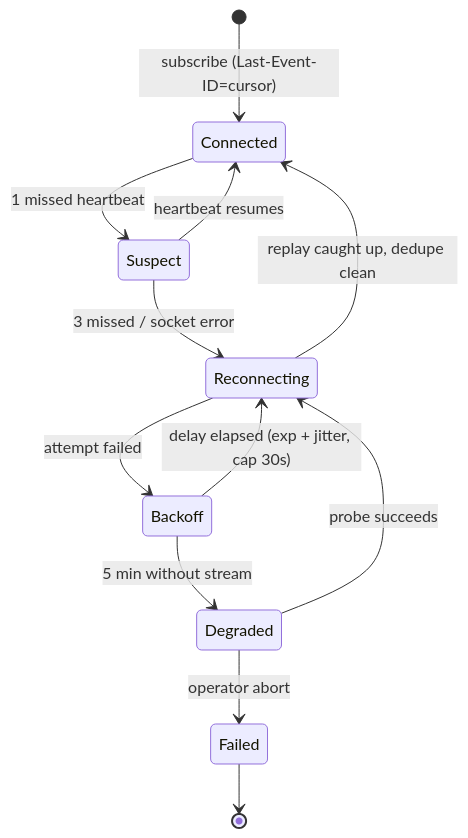
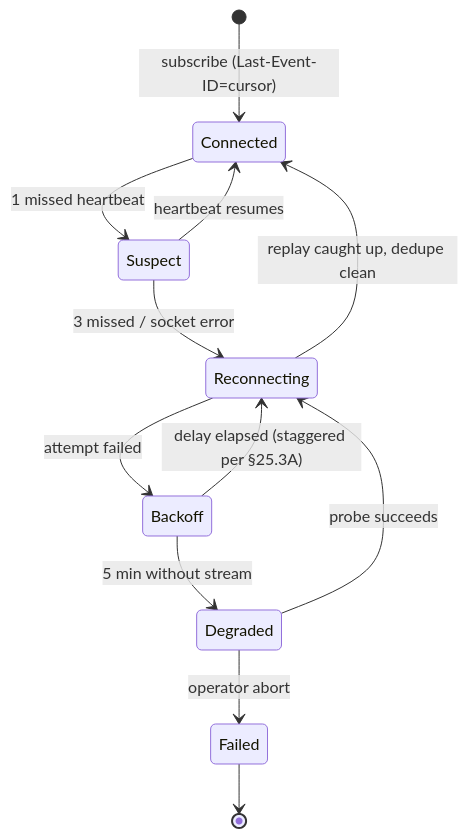
The second of 2 diagrams in docs/25-CLIENT-SERVER-RPC.md (3mar-baha/Vantrilex-OpenCode-Assistant), drawn with Mermaid before and after one commit. The commit also changed other lines of this file, not shown here.

First line of the commit message:
docs(rpc): P-R revise 25 for staggered reconnect (T1)

````diff
--- a/docs/25-CLIENT-SERVER-RPC.md
+++ b/docs/25-CLIENT-SERVER-RPC.md
@@ -55,14 +67,14 @@
 ```mermaid
 stateDiagram-v2
     [*] --> Connected: subscribe (Last-Event-ID=cursor)
     Connected --> Suspect: 1 missed heartbeat
     Suspect --> Connected: heartbeat resumes
     Suspect --> Reconnecting: 3 missed / socket error
     Reconnecting --> Connected: replay caught up, dedupe clean
     Reconnecting --> Backoff: attempt failed
-    Backoff --> Reconnecting: delay elapsed (exp + jitter, cap 30s)
+    Backoff --> Reconnecting: delay elapsed (staggered per §25.3A)
     Backoff --> Degraded: 5 min without stream
     Degraded --> Reconnecting: probe succeeds
     Degraded --> Failed: operator abort
     Failed --> [*]
 ```
````
